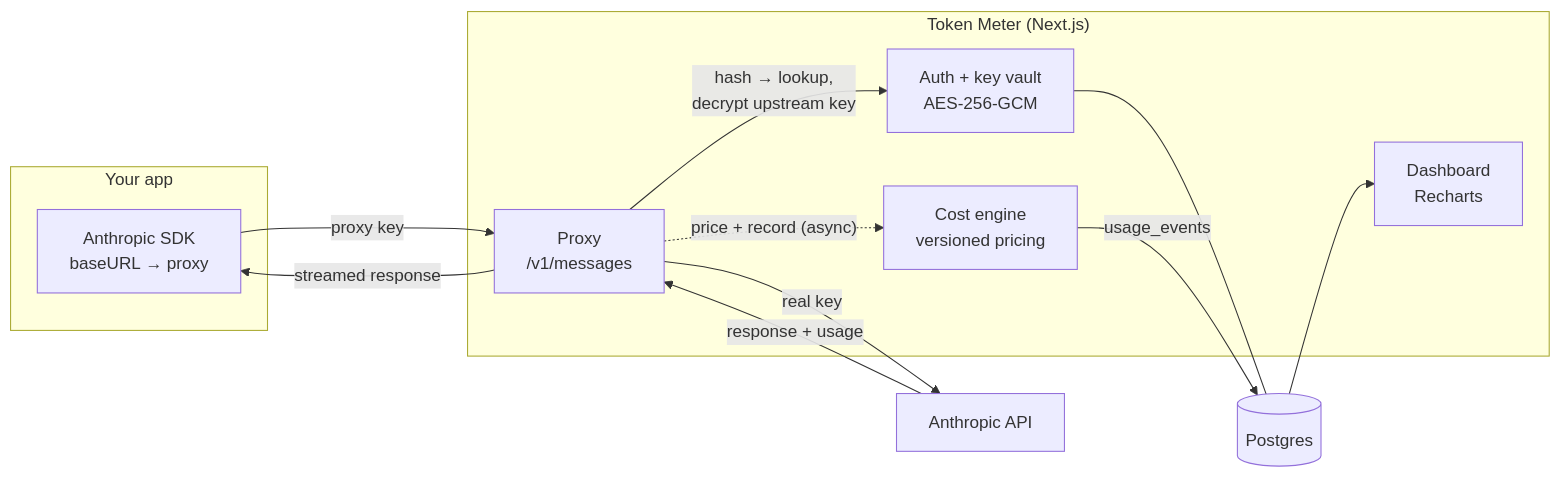
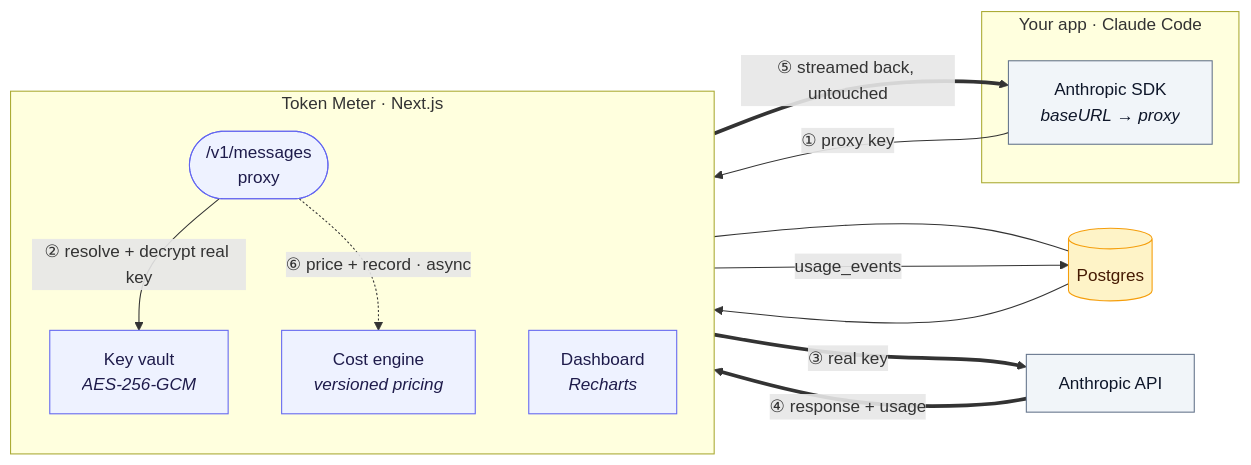
Before and after one commit to nawinsharma/tokenmeter: the diagram in README.md, drawn with Mermaid. The commit also changed other lines of this file and 14 other files, not shown here.

````diff
--- a/README.md
+++ b/README.md
@@ -11,26 +11,34 @@
 ```mermaid
 flowchart LR
-  subgraph client["Your app"]
-    sdk["Anthropic SDK<br/>baseURL → proxy"]
+  subgraph app["Your app · Claude Code"]
+    sdk["Anthropic SDK<br/><i>baseURL → proxy</i>"]
   end
 
-  subgraph tm["Token Meter (Next.js)"]
-    proxy["Proxy<br/>/v1/messages"]
-    vault["Auth + key vault<br/>AES-256-GCM"]
-    cost["Cost engine<br/>versioned pricing"]
-    dash["Dashboard<br/>Recharts"]
+  subgraph tm["Token Meter · Next.js"]
+    direction TB
+    proxy(["/v1/messages<br/>proxy"])
+    vault["Key vault<br/><i>AES-256-GCM</i>"]
+    cost["Cost engine<br/><i>versioned pricing</i>"]
+    dash["Dashboard<br/><i>Recharts</i>"]
   end
 
   db[("Postgres")]
   up["Anthropic API"]
 
-  sdk -- "proxy key" --> proxy
-  proxy -- "hash → lookup,<br/>decrypt upstream key" --> vault
+  sdk -->|"① proxy key"| proxy
+  proxy -->|"② resolve + decrypt real key"| vault
   vault --- db
-  proxy -- "real key" --> up
-  up -- "response + usage" --> proxy
-  proxy -- "streamed response" --> sdk
-  proxy -. "price + record (async)" .-> cost
-  cost -- "usage_events" --> db
+  proxy ==>|"③ real key"| up
+  up ==>|"④ response + usage"| proxy
+  proxy ==>|"⑤ streamed back, untouched"| sdk
+  proxy -.->|"⑥ price + record · async"| cost
+  cost -->|"usage_events"| db
   db --> dash
+
+  classDef core fill:#eef2ff,stroke:#6366f1,stroke-width:1px,color:#1e1b4b;
+  classDef store fill:#fef3c7,stroke:#f59e0b,stroke-width:1px,color:#451a03;
+  classDef ext fill:#f1f5f9,stroke:#64748b,stroke-width:1px,color:#0f172a;
+  class proxy,vault,cost,dash core;
+  class db store;
+  class up,sdk ext;
 ```
````
